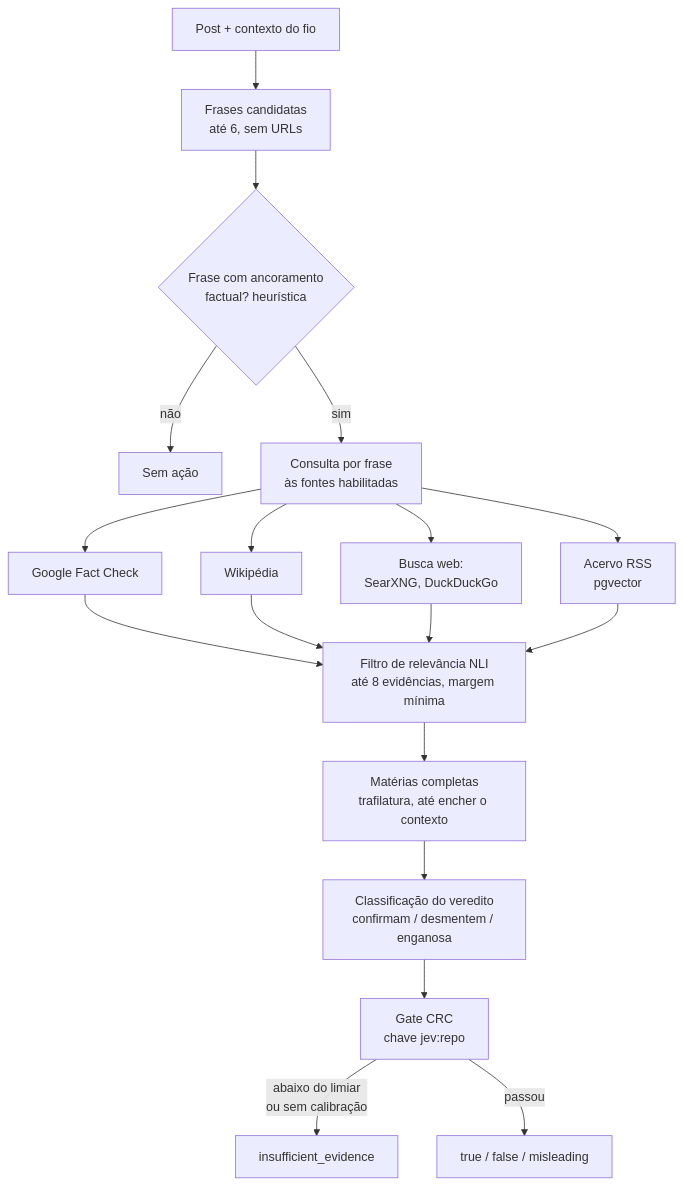
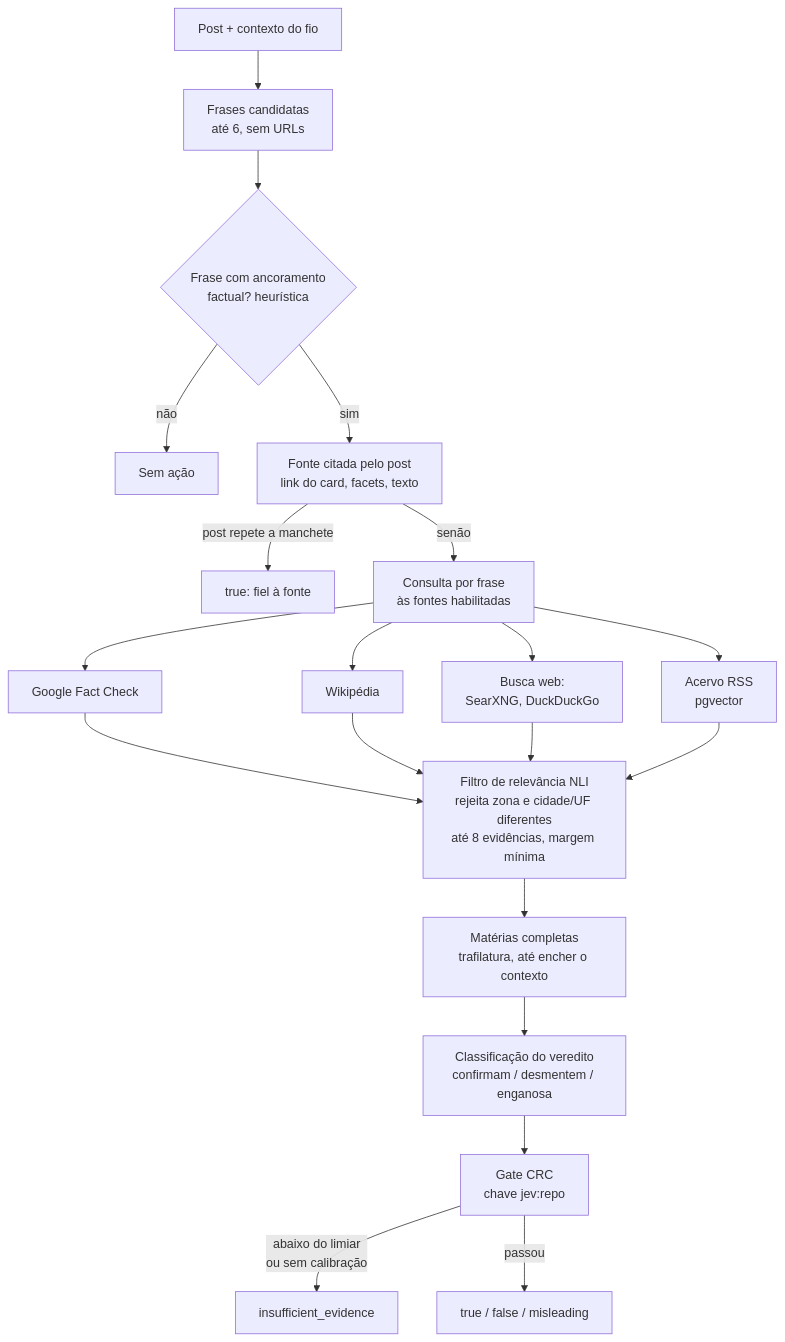
One commit to moonshinerd/ContrarIA changed the fourth of 4 diagrams in docs/arquitetura/index.md. Above: the diagram before and after it, drawn with Mermaid. The commit also changed other lines of this file and 10 other files, not shown here.

First line of the commit message:
fix(verificação): lê a fonte citada pelo post e rejeita evidência de entidade homônima

````diff
--- a/docs/arquitetura/index.md
+++ b/docs/arquitetura/index.md
@@ -143,17 +143,19 @@
 ```mermaid
 flowchart TD
     P[Post + contexto do fio] --> S[Frases candidatas<br/>até 6, sem URLs]
     S --> K{Frase com ancoramento<br/>factual? heurística}
     K -- não --> X[Sem ação]
-    K -- sim --> Q[Consulta por frase<br/>às fontes habilitadas]
+    K -- sim --> CT[Fonte citada pelo post<br/>link do card, facets, texto]
+    CT -- post repete a manchete --> VT[true: fiel à fonte]
+    CT -- senão --> Q[Consulta por frase<br/>às fontes habilitadas]
     Q --> E1[Google Fact Check]
     Q --> E2[Wikipédia]
     Q --> E3[Busca web:<br/>SearXNG, DuckDuckGo]
     Q --> E4[Acervo RSS<br/>pgvector]
-    E1 & E2 & E3 & E4 --> F[Filtro de relevância NLI<br/>até 8 evidências, margem mínima]
+    E1 & E2 & E3 & E4 --> F[Filtro de relevância NLI<br/>rejeita zona e cidade/UF diferentes<br/>até 8 evidências, margem mínima]
     F --> M[Matérias completas<br/>trafilatura, até encher o contexto]
     M --> C[Classificação do veredito<br/>confirmam / desmentem / enganosa]
     C --> G[Gate CRC<br/>chave jev:repo]
     G -- abaixo do limiar<br/>ou sem calibração --> I[insufficient_evidence]
     G -- passou --> V[true / false / misleading]
 ```
````
